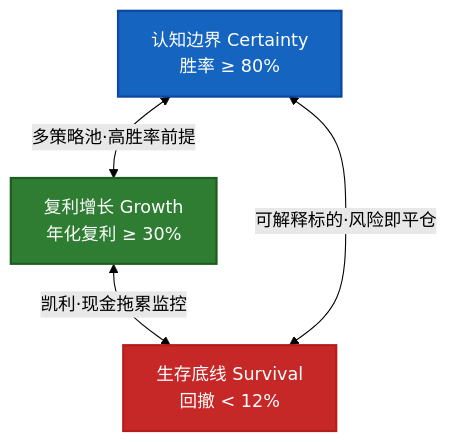
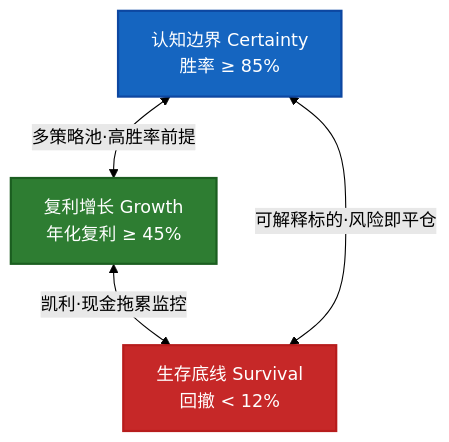
Before and after one commit to myxxhui/diting-doc: the third of 3 diagrams in 01_顶层概念/01_一句话定义与核心价值.md, drawn with Mermaid (forest theme). The commit also changed other lines of this file and 39 other files, not shown here.

````diff
--- a/01_顶层概念/01_一句话定义与核心价值.md
+++ b/01_顶层概念/01_一句话定义与核心价值.md
@@ -96,12 +120,12 @@
 ```mermaid
 flowchart TB
-  C[认知边界 Certainty<br/>胜率 ≥ 80%]
-  G[复利增长 Growth<br/>年化复利 ≥ 30%]
+  C[认知边界 Certainty<br/>胜率 ≥ 85%]
+  G[复利增长 Growth<br/>年化复利 ≥ 45%]
   S[生存底线 Survival<br/>回撤 < 12%]
   C <-->|多策略池·高胜率前提| G
   G <-->|凯利·现金拖累监控| S
   S <-->|可解释标的·风险即平仓| C
   style C fill:#1565c0,color:#fff,stroke:#0d47a1,stroke-width:2px
   style G fill:#2e7d32,color:#fff,stroke:#1b5e20,stroke-width:2px
   style S fill:#c62828,color:#fff,stroke:#b71c1c,stroke-width:2px
 ```
````
